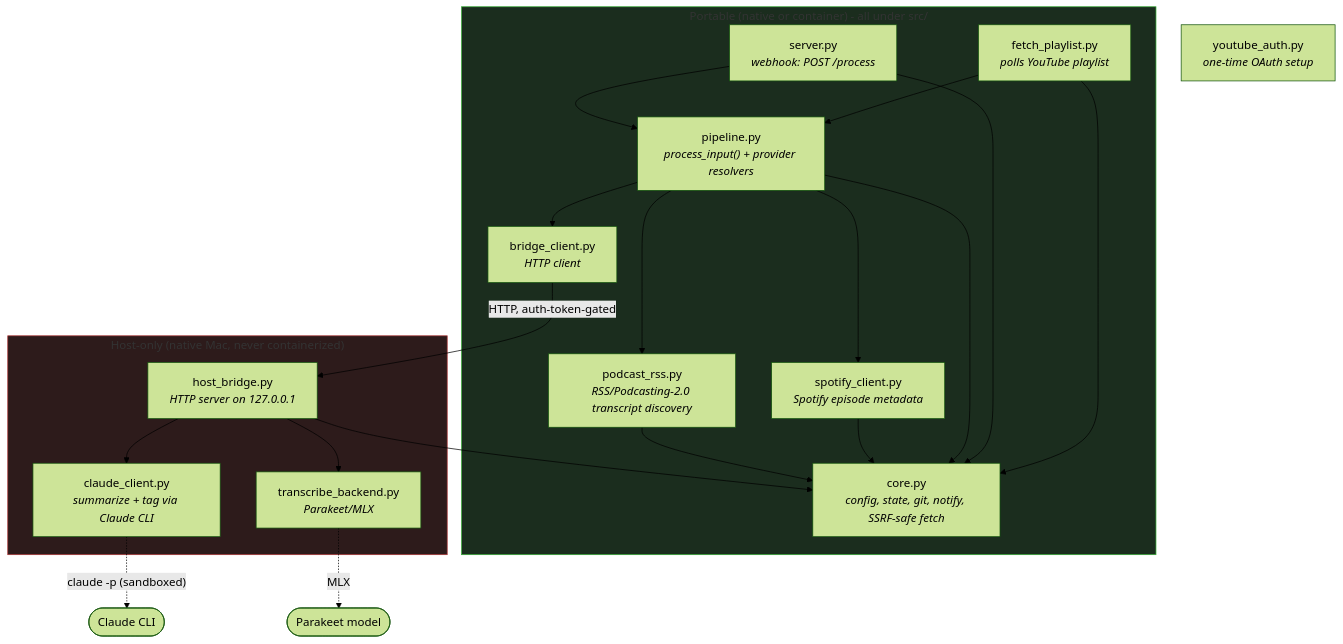
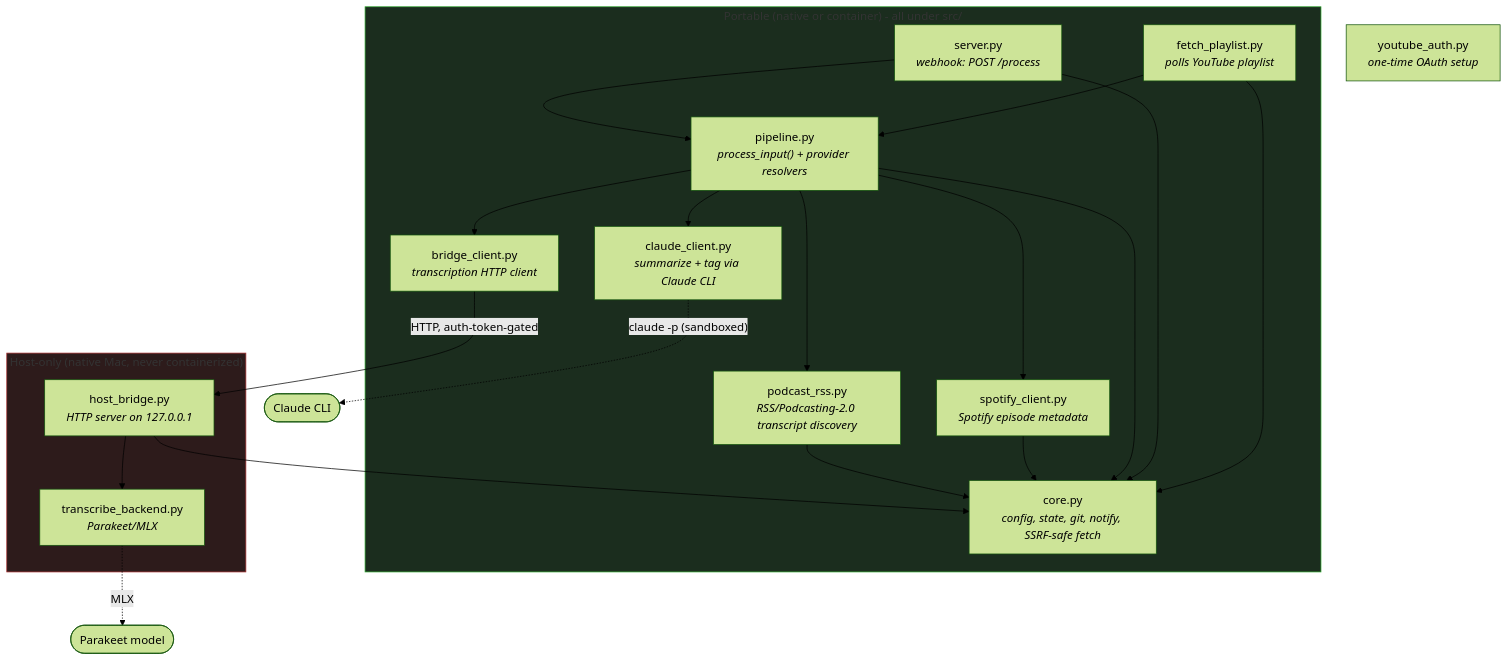
Before and after one commit to s1nack-dev/media-2-obsidian: the first of 7 diagrams in docs/architecture.md, drawn with Mermaid (forest theme). The commit also changed other lines of this file and 25 other files, not shown here.

````diff
--- a/docs/architecture.md
+++ b/docs/architecture.md
@@ -13,40 +13,40 @@
 ```mermaid
 flowchart TB
     subgraph portable["Portable (native or container) - all under src/"]
         fetch["fetch_playlist.py<br/><i>polls YouTube playlist</i>"]
         server["server.py<br/><i>webhook: POST /process</i>"]
         pipeline["pipeline.py<br/><i>process_input() + provider resolvers</i>"]
         spotify["spotify_client.py<br/><i>Spotify episode metadata</i>"]
         podcastrss["podcast_rss.py<br/><i>RSS/Podcasting-2.0 transcript discovery</i>"]
-        bridgeclient["bridge_client.py<br/><i>HTTP client</i>"]
+        bridgeclient["bridge_client.py<br/><i>transcription HTTP client</i>"]
+        claude["claude_client.py<br/><i>summarize + tag via Claude CLI</i>"]
         core["core.py<br/><i>config, state, git, notify, SSRF-safe fetch</i>"]
     end
 
     subgraph hostonly["Host-only (native Mac, never containerized)"]
         bridge["host_bridge.py<br/><i>HTTP server on 127.0.0.1</i>"]
-        claude["claude_client.py<br/><i>summarize + tag via Claude CLI</i>"]
         transcribe["transcribe_backend.py<br/><i>Parakeet/MLX</i>"]
     end
 
     auth["youtube_auth.py<br/><i>one-time OAuth setup</i>"]
 
     fetch --> pipeline
     server --> pipeline
     fetch --> core
     server --> core
     pipeline --> core
     pipeline --> spotify
     pipeline --> podcastrss
     spotify --> core
     podcastrss --> core
     pipeline --> bridgeclient
+    pipeline --> claude
     bridgeclient -- "HTTP, auth-token-gated" --> bridge
-    bridge --> claude
     bridge --> transcribe
     bridge --> core
     claude -. "claude -p (sandboxed)" .-> claudeCLI(["Claude CLI"])
     transcribe -. "MLX" .-> parakeet(["Parakeet model"])
 
     style hostonly fill:#2d1b1b,stroke:#a33
     style portable fill:#1b2d1e,stroke:#3a3
 ```
````
